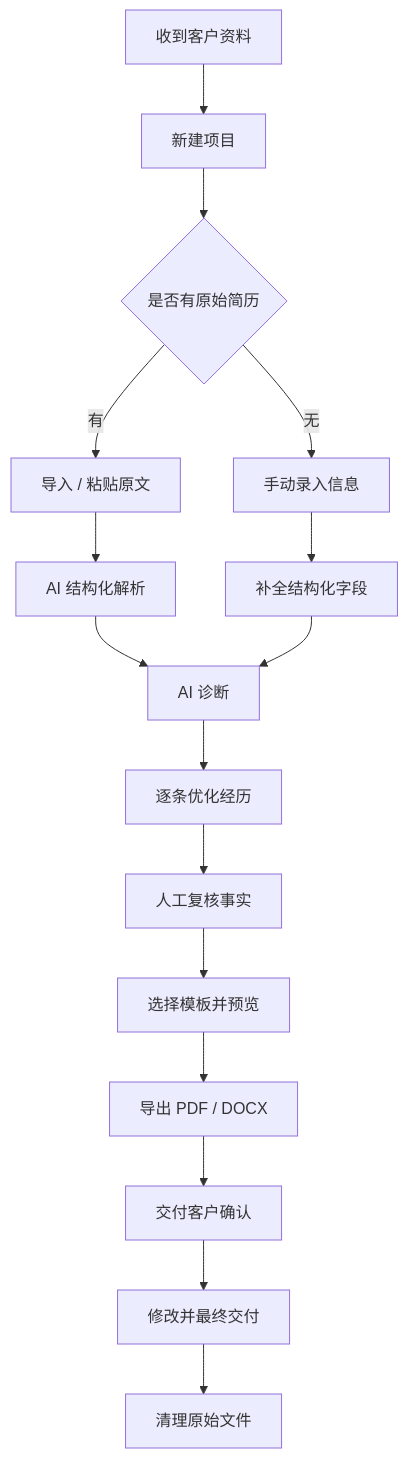
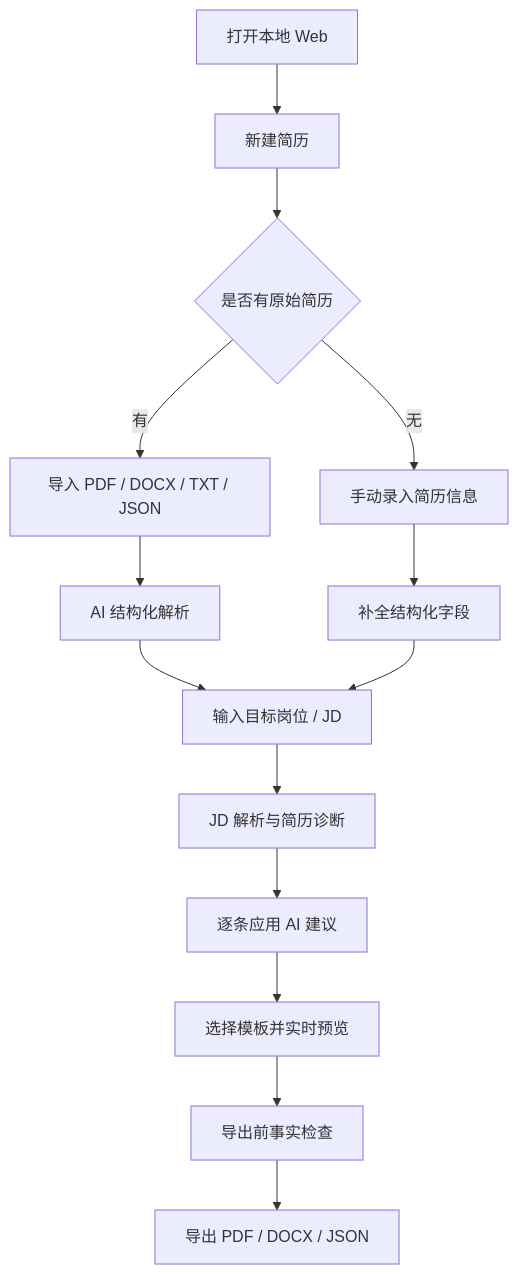
Before and after one commit to easterndd/Personal-Resume: the second of 3 diagrams in MD/本地AI简历工坊开发落地方案.md, drawn with Mermaid. The commit also changed other lines of this file, not shown here.

````diff
--- a/MD/本地AI简历工坊开发落地方案.md
+++ b/MD/本地AI简历工坊开发落地方案.md
@@ -826,18 +977,16 @@
 ```mermaid
 flowchart TD
-  A["收到客户资料"] --> B["新建项目"]
+  A["打开本地 Web"] --> B["新建简历"]
   B --> C{"是否有原始简历"}
-  C -->|有| D["导入 / 粘贴原文"]
-  C -->|无| E["手动录入信息"]
+  C -->|有| D["导入 PDF / DOCX / TXT / JSON"]
+  C -->|无| E["手动录入简历信息"]
   D --> F["AI 结构化解析"]
   E --> G["补全结构化字段"]
-  F --> H["AI 诊断"]
+  F --> H["输入目标岗位 / JD"]
   G --> H
-  H --> I["逐条优化经历"]
-  I --> J["人工复核事实"]
-  J --> K["选择模板并预览"]
-  K --> L["导出 PDF / DOCX"]
-  L --> M["交付客户确认"]
-  M --> N["修改并最终交付"]
-  N --> O["清理原始文件"]
+  H --> I["JD 解析与简历诊断"]
+  I --> J["逐条应用 AI 建议"]
+  J --> K["选择模板并实时预览"]
+  K --> L["导出前事实检查"]
+  L --> M["导出 PDF / DOCX / JSON"]
 ```
````
